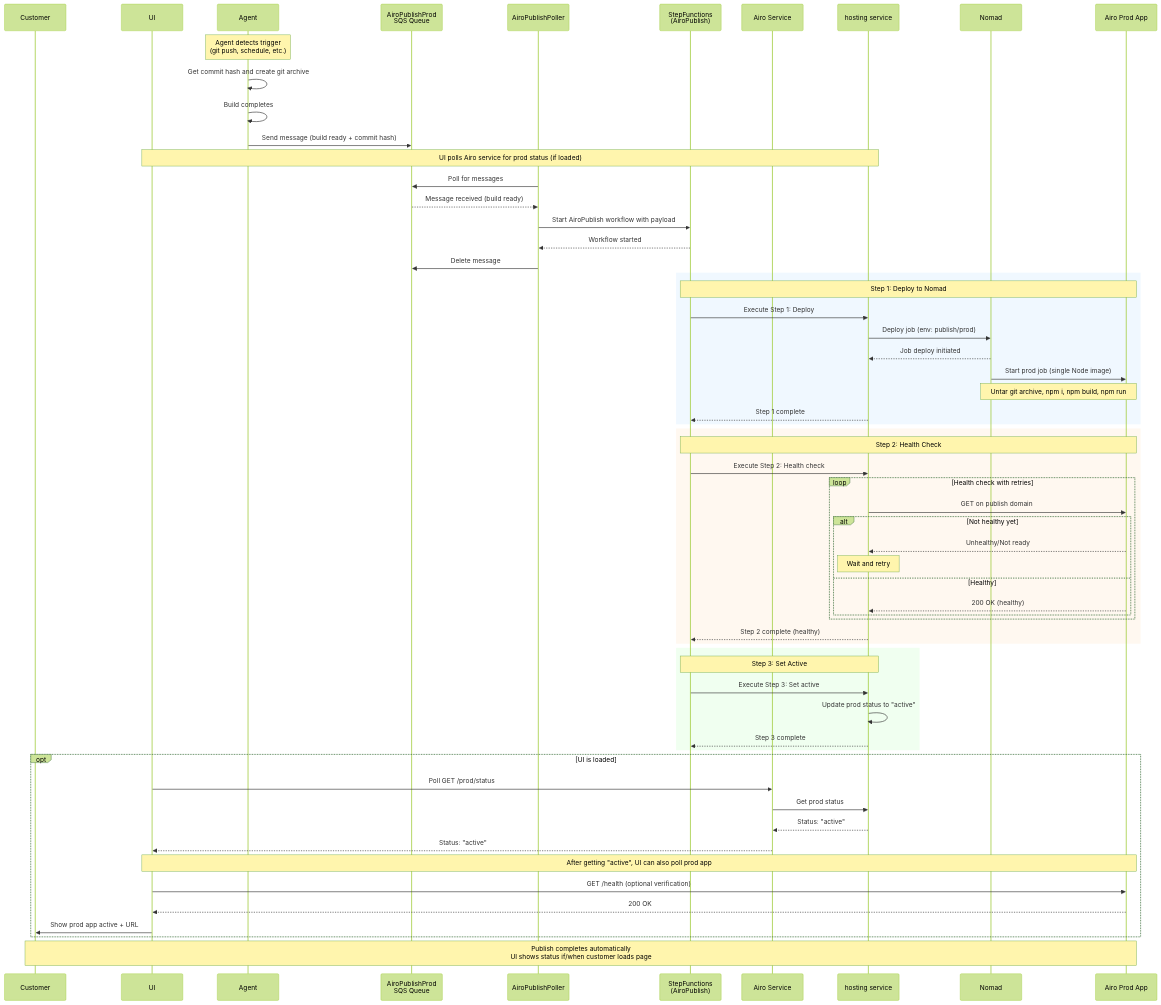
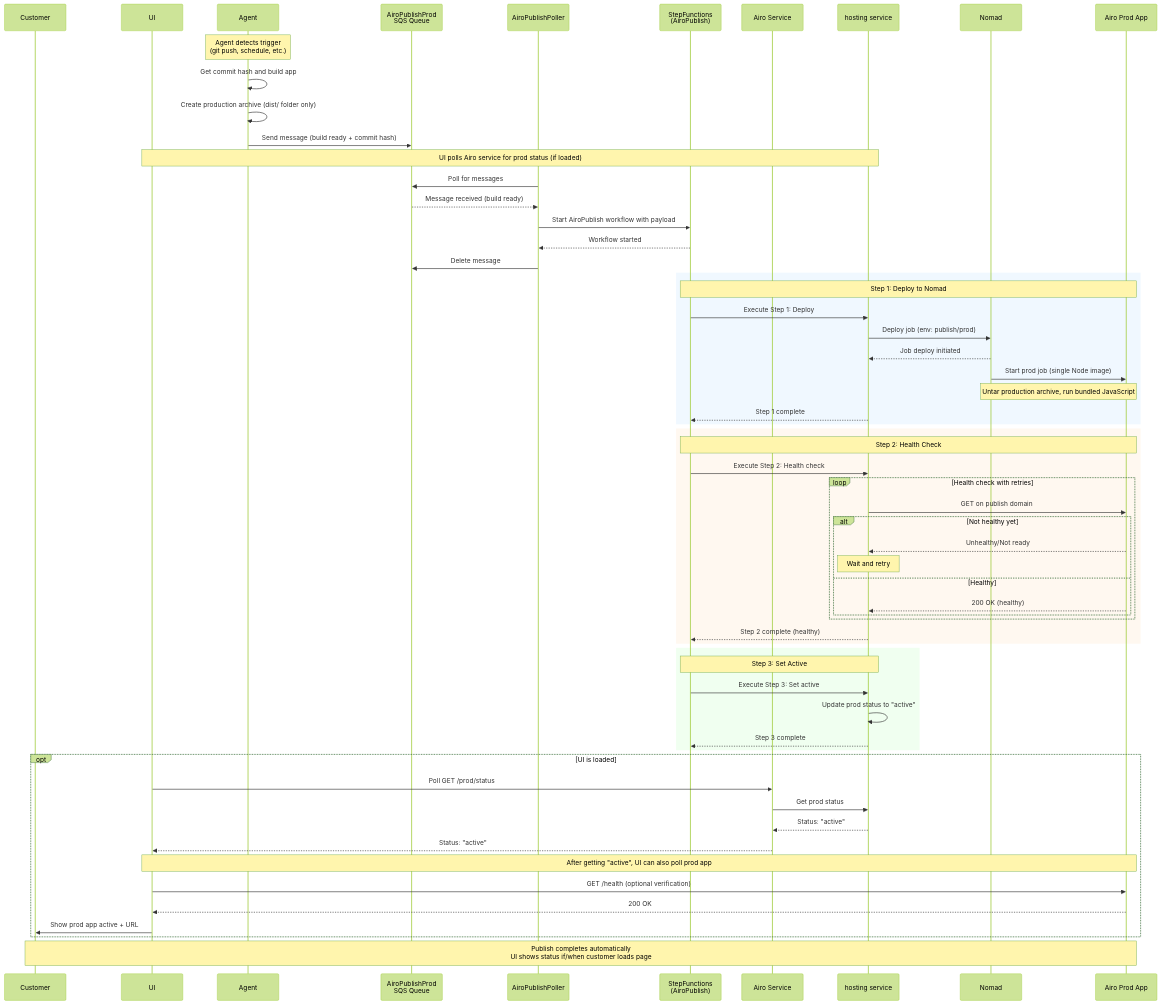
The second of 2 diagrams in docs/site-publish-doc.md (hsharif-godaddy/hackathon2026), drawn with Mermaid (forest theme) before and after one commit. The commit also changed other lines of this file and 10 other files, not shown here.

````diff
--- a/docs/site-publish-doc.md
+++ b/docs/site-publish-doc.md
@@ -89,75 +89,75 @@
 ```mermaid
 sequenceDiagram
     participant Customer
     participant UI
     participant Agent
     participant SQS as AiroPublishProd<br/>SQS Queue
     participant Poller as AiroPublishPoller
     participant StepFunctions as StepFunctions<br/>(AiroPublish)
     participant AiroService as Airo Service
     participant Hosting as hosting service
     participant Nomad
     participant ProdApp as Airo Prod App
 
     Note over Agent: Agent detects trigger<br/>(git push, schedule, etc.)
 
-    Agent->>Agent: Get commit hash and create git archive
-    Agent->>Agent: Build completes
+    Agent->>Agent: Get commit hash and build app
+    Agent->>Agent: Create production archive (dist/ folder only)
     Agent->>SQS: Send message (build ready + commit hash)
 
     Note over UI,Hosting: UI polls Airo service for prod status (if loaded)
 
     Poller->>SQS: Poll for messages
     SQS-->>Poller: Message received (build ready)
     Poller->>StepFunctions: Start AiroPublish workflow with payload
     StepFunctions-->>Poller: Workflow started
     Poller->>SQS: Delete message
 
     rect rgb(240, 248, 255)
         Note over StepFunctions,ProdApp: Step 1: Deploy to Nomad
         StepFunctions->>Hosting: Execute Step 1: Deploy
         Hosting->>Nomad: Deploy job (env: publish/prod)
         Nomad-->>Hosting: Job deploy initiated
         Nomad->>ProdApp: Start prod job (single Node image)
-        Note over Nomad,ProdApp: Untar git archive, npm i, npm build, npm run
+        Note over Nomad,ProdApp: Untar production archive, run bundled JavaScript
         Hosting-->>StepFunctions: Step 1 complete
     end
 
     rect rgb(255, 248, 240)
         Note over StepFunctions,ProdApp: Step 2: Health Check
         StepFunctions->>Hosting: Execute Step 2: Health check
         loop Health check with retries
             Hosting->>ProdApp: GET on publish domain
             alt Not healthy yet
                 ProdApp-->>Hosting: Unhealthy/Not ready
                 Note over Hosting: Wait and retry
             else Healthy
                 ProdApp-->>Hosting: 200 OK (healthy)
             end
         end
         Hosting-->>StepFunctions: Step 2 complete (healthy)
     end
 
     rect rgb(240, 255, 240)
         Note over StepFunctions,Hosting: Step 3: Set Active
         StepFunctions->>Hosting: Execute Step 3: Set active
         Hosting->>Hosting: Update prod status to "active"
         Hosting-->>StepFunctions: Step 3 complete
     end
 
     opt UI is loaded
         UI->>AiroService: Poll GET /prod/status
         AiroService->>Hosting: Get prod status
         Hosting-->>AiroService: Status: "active"
         AiroService-->>UI: Status: "active"
 
         Note over UI,ProdApp: After getting "active", UI can also poll prod app
 
         UI->>ProdApp: GET /health (optional verification)
         ProdApp-->>UI: 200 OK
 
         UI->>Customer: Show prod app active + URL
     end
 
     Note over Customer,ProdApp: Publish completes automatically<br/>UI shows status if/when customer loads page
 ```
````
